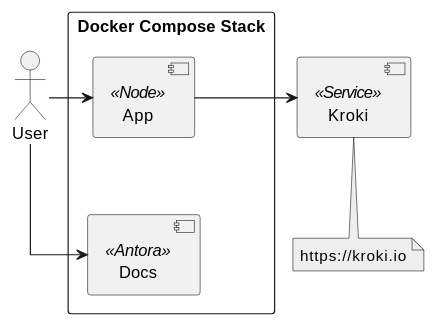
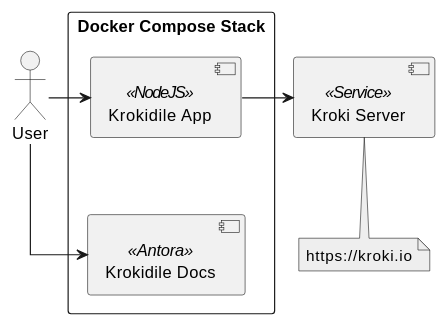
One commit to sommerfeld-io-archive/krokidile changed the diagram in docs/modules/ROOT/pages/index.adoc. Above: the diagram before and after it, drawn with PlantUML.

Commit message:
docs: minor diagram update

```diff
--- a/docs/modules/ROOT/pages/index.adoc
+++ b/docs/modules/ROOT/pages/index.adoc
@@ -94,31 +94,31 @@
 [plantuml, puml-build-image, svg]
 ----
 @startuml
 
 skinparam linetype ortho
 skinparam monochrome false
 skinparam componentStyle uml2
 skinparam backgroundColor transparent
 skinparam NoteBackgroundColor #eee
 skinparam activity {
     'FontName Ubuntu
     FontName Roboto
 }
 
 actor User
-component Kroki <<Service>>
-note bottom of Kroki: https://kroki.io
+component kroki as "Kroki Server" <<Service>>
+note bottom of kroki: https://kroki.io
 
 rectangle dc as "Docker Compose Stack" {
-    component App <<Node>>
-    component Docs <<Antora>>
+    component app as "Krokidile App" <<NodeJS>>
+    component docs as "Krokidile Docs" <<Antora>>
 }
 
-User -right-> App
-App -right-> Kroki
+User -right-> app
+app -right-> kroki
 
-User -right-> Docs
-Docs -[hidden]up-> App
+User -right-> docs
+docs -[hidden]up-> app
 
 @enduml
 ----
```
